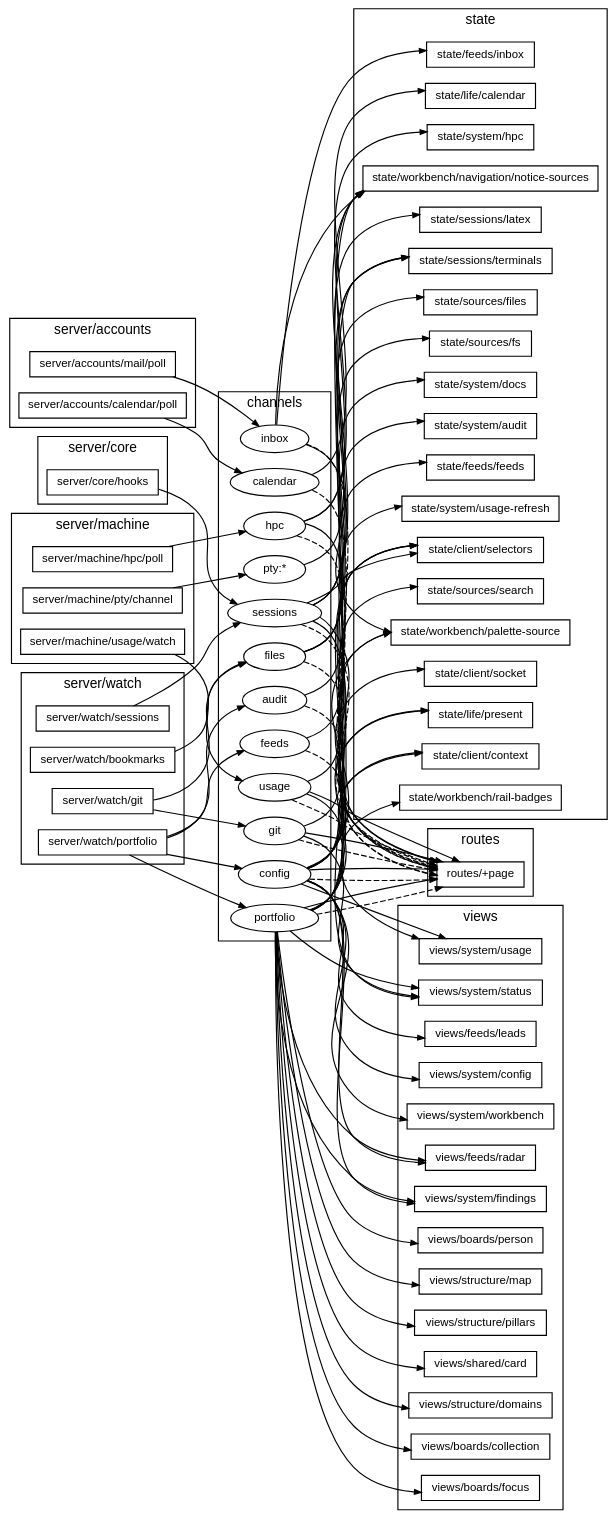
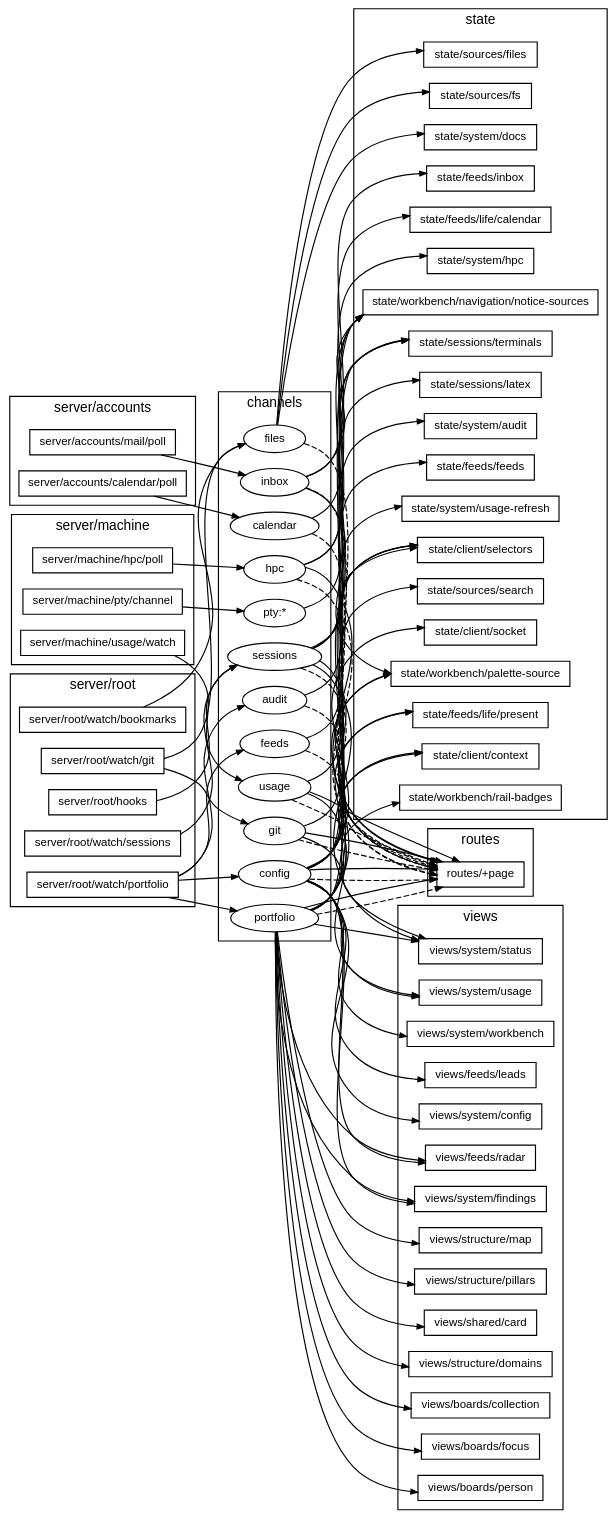
One commit to TheAxeC/oculus changed the diagram in docs/diagrams/channels.dot. Above: the diagram before and after it, drawn with Graphviz. The commit also changed 658 other files, not shown here.

First line of the commit message:
Land Q71: the architecture made sound and kept sound

```diff
--- a/docs/diagrams/channels.dot
+++ b/docs/diagrams/channels.dot
@@ -1,166 +1,163 @@
 digraph channels {
     graph [bgcolor="transparent", rankdir=LR, fontname="Helvetica,Arial,sans-serif", fontsize=12, nodesep=0.2, ranksep=0.5];
     node [shape=box, color="black", fontcolor="black", fontname="Helvetica,Arial,sans-serif", fontsize=10, height=0.3, margin="0.12,0.04"];
     edge [color="black", fontcolor="black", fontname="Helvetica,Arial,sans-serif", fontsize=8, arrowsize=0.6];
     subgraph "cluster_publish server/accounts" {
         label="server/accounts"; style=solid;
         "server/accounts/calendar/poll";
         "server/accounts/mail/poll";
     }
-    subgraph "cluster_publish server/core" {
-        label="server/core"; style=solid;
-        "server/core/hooks";
-    }
     subgraph "cluster_publish server/machine" {
         label="server/machine"; style=solid;
         "server/machine/hpc/poll";
         "server/machine/pty/channel";
         "server/machine/usage/watch";
     }
-    subgraph "cluster_publish server/watch" {
-        label="server/watch"; style=solid;
-        "server/watch/bookmarks";
-        "server/watch/git";
-        "server/watch/portfolio";
-        "server/watch/sessions";
+    subgraph "cluster_publish server/root" {
+        label="server/root"; style=solid;
+        "server/root/hooks";
+        "server/root/watch/bookmarks";
+        "server/root/watch/git";
+        "server/root/watch/portfolio";
+        "server/root/watch/sessions";
     }
     subgraph "cluster_channels" {
         label="channels"; style=solid;
         "ch audit" [label="audit", shape=ellipse];
         "ch calendar" [label="calendar", shape=ellipse];
         "ch config" [label="config", shape=ellipse];
         "ch feeds" [label="feeds", shape=ellipse];
         "ch files" [label="files", shape=ellipse];
         "ch git" [label="git", shape=ellipse];
         "ch hpc" [label="hpc", shape=ellipse];
         "ch inbox" [label="inbox", shape=ellipse];
         "ch portfolio" [label="portfolio", shape=ellipse];
         "ch pty:*" [label="pty:*", shape=ellipse];
         "ch sessions" [label="sessions", shape=ellipse];
         "ch usage" [label="usage", shape=ellipse];
     }
     subgraph "cluster_read state" {
         label="state"; style=solid;
         "state/client/context";
         "state/client/selectors";
         "state/client/socket";
         "state/feeds/feeds";
         "state/feeds/inbox";
-        "state/life/calendar";
-        "state/life/present";
+        "state/feeds/life/calendar";
+        "state/feeds/life/present";
         "state/sessions/latex";
         "state/sessions/terminals";
         "state/sources/files";
         "state/sources/fs";
         "state/sources/search";
         "state/system/audit";
         "state/system/docs";
         "state/system/hpc";
         "state/system/usage-refresh";
         "state/workbench/navigation/notice-sources";
         "state/workbench/palette-source";
         "state/workbench/rail-badges";
     }
     subgraph "cluster_read views" {
         label="views"; style=solid;
         "views/boards/collection";
         "views/boards/focus";
         "views/boards/person";
         "views/feeds/leads";
         "views/feeds/radar";
         "views/shared/card";
         "views/structure/domains";
         "views/structure/map";
         "views/structure/pillars";
         "views/system/config";
         "views/system/findings";
         "views/system/status";
         "views/system/usage";
         "views/system/workbench";
     }
     subgraph "cluster_read routes" {
         label="routes"; style=solid;
         "routes/+page";
     }
     "ch audit" -> "routes/+page" [style=dashed];
     "ch audit" -> "state/system/audit";
     "ch calendar" -> "routes/+page" [style=dashed];
-    "ch calendar" -> "state/life/calendar";
+    "ch calendar" -> "state/feeds/life/calendar";
     "ch config" -> "routes/+page" [style=dashed];
     "ch config" -> "routes/+page";
     "ch config" -> "state/client/context";
     "ch config" -> "state/client/selectors";
     "ch config" -> "state/client/socket";
-    "ch config" -> "state/life/present";
+    "ch config" -> "state/feeds/life/present";
     "ch config" -> "state/sessions/terminals";
     "ch config" -> "state/sources/search";
     "ch config" -> "state/workbench/palette-source";
     "ch config" -> "views/feeds/leads";
     "ch config" -> "views/feeds/radar";
     "ch config" -> "views/system/config";
     "ch config" -> "views/system/findings";
     "ch config" -> "views/system/usage";
     "ch config" -> "views/system/workbench";
     "ch feeds" -> "routes/+page" [style=dashed];
     "ch feeds" -> "state/feeds/feeds";
     "ch files" -> "routes/+page" [style=dashed];
     "ch files" -> "state/sources/files";
     "ch files" -> "state/sources/fs";
     "ch files" -> "state/system/docs";
     "ch git" -> "routes/+page" [style=dashed];
     "ch git" -> "routes/+page";
     "ch git" -> "state/client/selectors";
     "ch git" -> "views/system/status";
     "ch hpc" -> "routes/+page" [style=dashed];
     "ch hpc" -> "routes/+page";
     "ch hpc" -> "state/system/hpc";
     "ch hpc" -> "state/workbench/navigation/notice-sources";
     "ch inbox" -> "routes/+page" [style=dashed];
     "ch inbox" -> "state/feeds/inbox";
     "ch inbox" -> "state/workbench/navigation/notice-sources";
     "ch inbox" -> "state/workbench/palette-source";
     "ch portfolio" -> "routes/+page" [style=dashed];
     "ch portfolio" -> "routes/+page";
     "ch portfolio" -> "state/client/context";
     "ch portfolio" -> "state/client/selectors";
-    "ch portfolio" -> "state/life/present";
+    "ch portfolio" -> "state/feeds/life/present";
     "ch portfolio" -> "state/workbench/navigation/notice-sources";
     "ch portfolio" -> "state/workbench/palette-source";
     "ch portfolio" -> "state/workbench/rail-badges";
     "ch portfolio" -> "views/boards/collection";
     "ch portfolio" -> "views/boards/focus";
     "ch portfolio" -> "views/boards/person";
     "ch portfolio" -> "views/feeds/radar";
     "ch portfolio" -> "views/shared/card";
     "ch portfolio" -> "views/structure/domains";
     "ch portfolio" -> "views/structure/map";
     "ch portfolio" -> "views/structure/pillars";
     "ch portfolio" -> "views/system/findings";
     "ch portfolio" -> "views/system/status";
     "ch pty:*" -> "state/sessions/terminals";
     "ch sessions" -> "routes/+page" [style=dashed];
     "ch sessions" -> "routes/+page";
     "ch sessions" -> "state/client/selectors";
     "ch sessions" -> "state/sessions/latex";
     "ch sessions" -> "state/sessions/terminals";
     "ch sessions" -> "state/workbench/navigation/notice-sources";
     "ch sessions" -> "views/system/status";
     "ch usage" -> "routes/+page" [style=dashed];
     "ch usage" -> "routes/+page";
     "ch usage" -> "state/system/usage-refresh";
     "ch usage" -> "views/system/usage";
     "server/accounts/calendar/poll" -> "ch calendar";
     "server/accounts/mail/poll" -> "ch inbox";
-    "server/core/hooks" -> "ch sessions";
     "server/machine/hpc/poll" -> "ch hpc";
     "server/machine/pty/channel" -> "ch pty:*";
     "server/machine/usage/watch" -> "ch usage";
-    "server/watch/bookmarks" -> "ch files";
-    "server/watch/git" -> "ch files";
-    "server/watch/git" -> "ch git";
-    "server/watch/portfolio" -> "ch audit";
-    "server/watch/portfolio" -> "ch config";
-    "server/watch/portfolio" -> "ch feeds";
-    "server/watch/portfolio" -> "ch portfolio";
-    "server/watch/sessions" -> "ch sessions";
+    "server/root/hooks" -> "ch sessions";
+    "server/root/watch/bookmarks" -> "ch files";
+    "server/root/watch/git" -> "ch files";
+    "server/root/watch/git" -> "ch git";
+    "server/root/watch/portfolio" -> "ch audit";
+    "server/root/watch/portfolio" -> "ch config";
+    "server/root/watch/portfolio" -> "ch feeds";
+    "server/root/watch/portfolio" -> "ch portfolio";
+    "server/root/watch/sessions" -> "ch sessions";
 }
```
